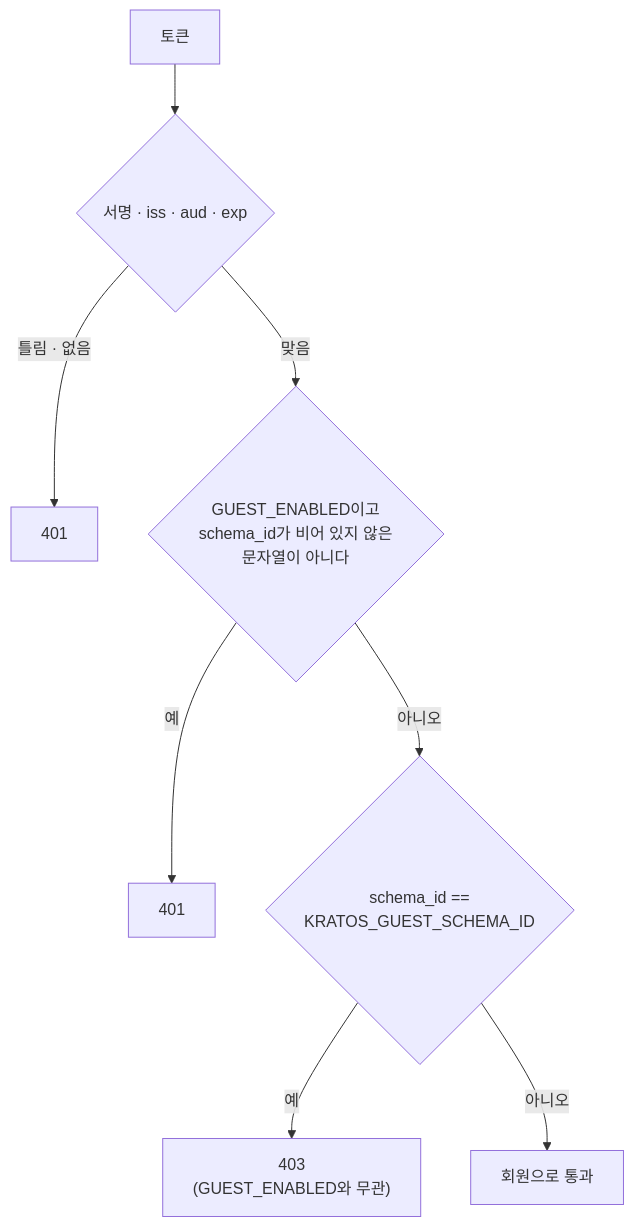
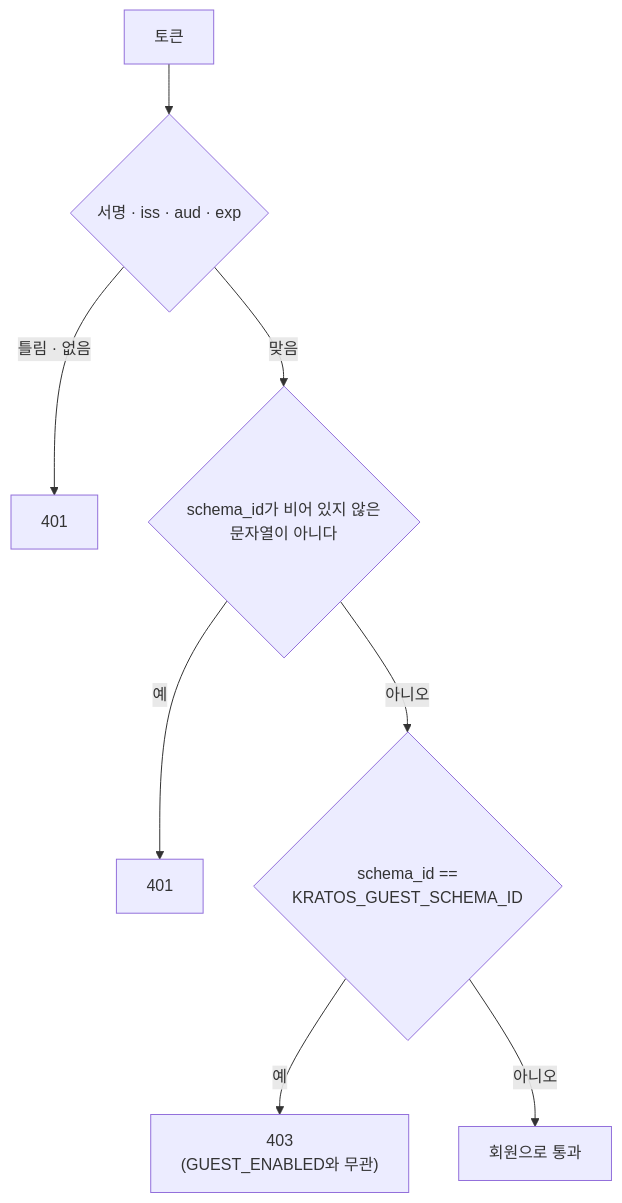
The seventh of 10 diagrams in docs/guides/guest.ko.md (onprem-hipster-timer/backend), drawn with Mermaid before and after one commit. The commit also changed other lines of this file and 5 other files, not shown here.

Commit message:
docs(auth): schema_id 클레임을 항상 요구하는 것과 배포 순서를 문서와 CHANGELOG에 반영한다

````diff
--- a/docs/guides/guest.ko.md
+++ b/docs/guides/guest.ko.md
@@ -333,10 +333,10 @@
 ```mermaid
 flowchart TD
     A["토큰"] --> B{"서명 · iss · aud · exp"}
     B -->|"틀림 · 없음"| B401["401"]
-    B -->|"맞음"| C{"GUEST_ENABLED이고<br/>schema_id가 비어 있지 않은<br/>문자열이 아니다"}
+    B -->|"맞음"| C{"schema_id가 비어 있지 않은<br/>문자열이 아니다"}
     C -->|"예"| C401["401"]
     C -->|"아니오"| D{"schema_id ==<br/>KRATOS_GUEST_SCHEMA_ID"}
     D -->|"예"| D403["403<br/>(GUEST_ENABLED와 무관)"]
     D -->|"아니오"| OK["회원으로 통과"]
 ```
````
